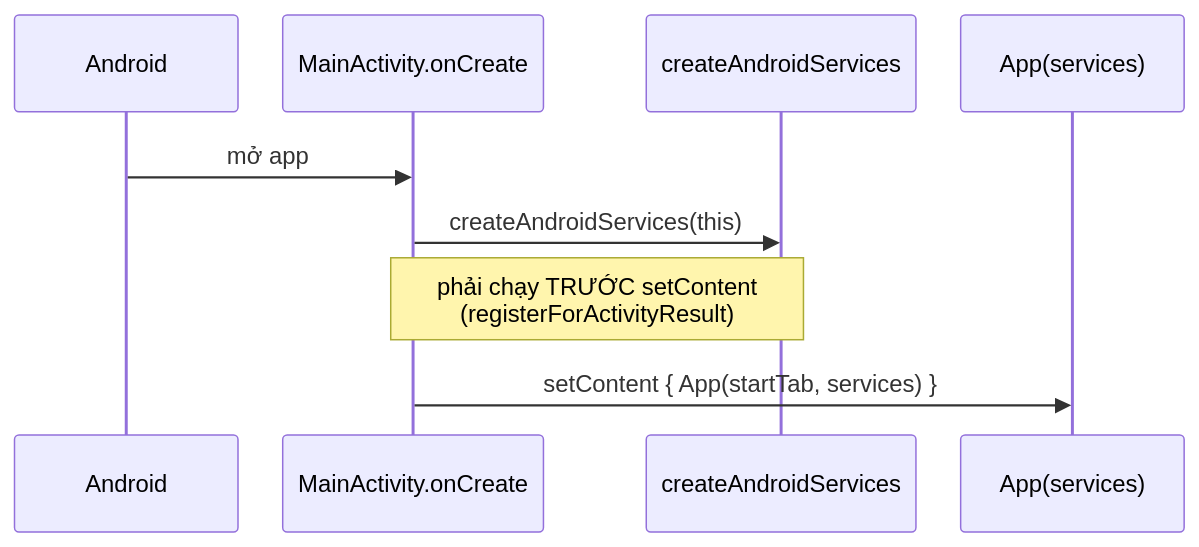
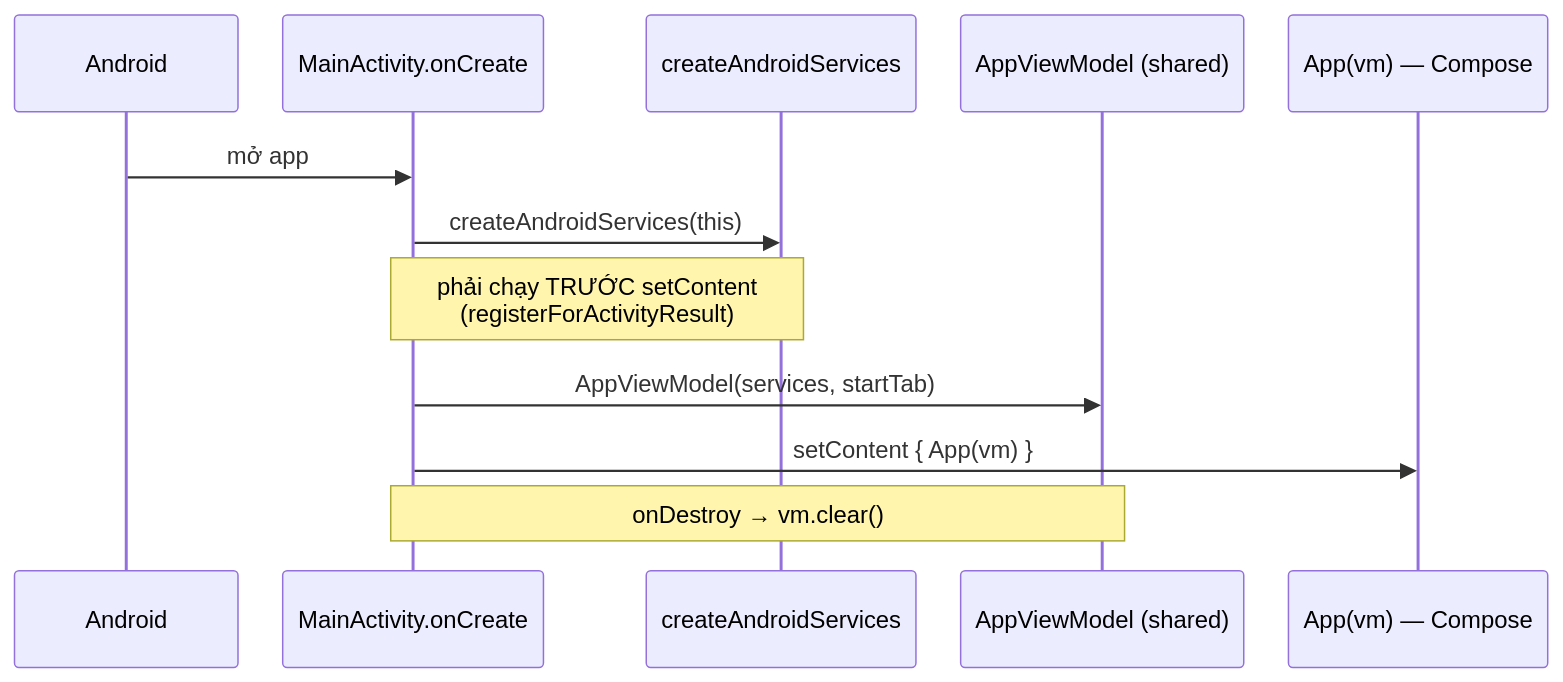
Before and after one commit to tucarmd/kotlin-multi-platform: the second of 5 diagrams in docs/README-KMP-HOW-IT-WORKS.md, drawn with Mermaid. The commit also changed other lines of this file and 16 other files, not shown here.

First line of the commit message:
docs(site): R6 — docs follow the native-UI architecture (Jetpack Compose · SwiftUI on shared ViewModels)

````diff
--- a/docs/README-KMP-HOW-IT-WORKS.md
+++ b/docs/README-KMP-HOW-IT-WORKS.md
@@ -83,12 +77,15 @@
 ```mermaid
 %%{init: {"sequence": {"actorFontSize": 17, "messageFontSize": 17, "noteFontSize": 16, "actorMargin": 30}}}%%
 sequenceDiagram
     participant OS as Android
     participant MA as MainActivity.onCreate
     participant CA as createAndroidServices
-    participant APP as App(services)
+    participant VM as AppViewModel (shared)
+    participant APP as App(vm) — Compose
     OS->>MA: mở app
     MA->>CA: createAndroidServices(this)
     Note over MA,CA: phải chạy TRƯỚC setContent<br/>(registerForActivityResult)
-    MA->>APP: setContent { App(startTab, services) }
+    MA->>VM: AppViewModel(services, startTab)
+    MA->>APP: setContent { App(vm) }
+    Note over MA,VM: onDestroy → vm.clear()
 ```
````
